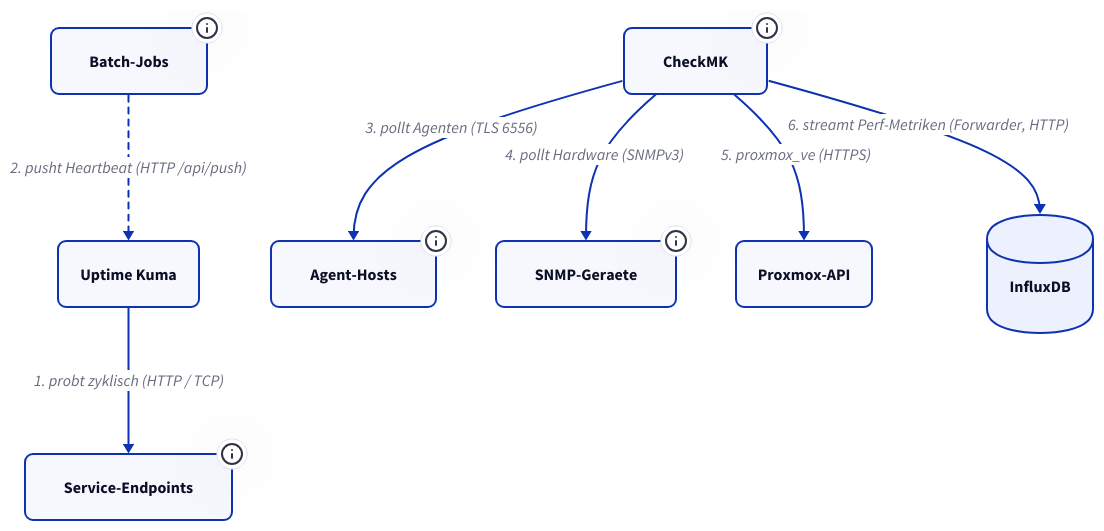
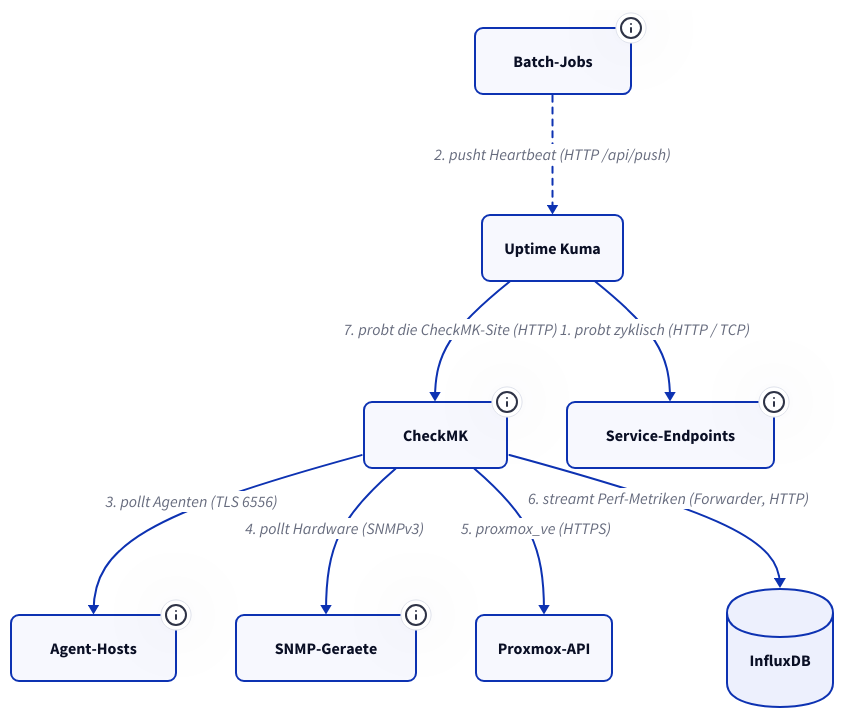
The second of 3 diagrams in docs/monitoring/index.md (derever-labs/homelab-wiki), drawn with D2 before and after one commit. The commit also changed other lines of this file, not shown here.

First line of the commit message:
docs(monitoring): Kuma-Strang im Check-Pfad ueber Site-Probe anbinden

````diff
--- a/docs/monitoring/index.md
+++ b/docs/monitoring/index.md
@@ -102,40 +102,41 @@
 ```d2
 classes: {
   svc: { style: { border-radius: 8 } }
   agent: { style: { border-radius: 8; stroke-dash: 2 } }
   db: { shape: cylinder; style: { border-radius: 8 } }
   async: { style: { stroke-dash: 3 } }
 }
 
 kuma: Uptime Kuma { class: svc }
 checkmk: CheckMK {
   class: svc
   tooltip: Eigenstaendige VM auf pve02 (Site homelab), kein Nomad-Job
 }
 
 endpoints: Service-Endpoints {
   class: svc
   tooltip: Kern-Infra (Nomad/Consul/Vault, DNS, Ingress, Storage) plus Flaeche (Media, Apps, IoT)
 }
 batch: Batch-Jobs {
   class: svc
   tooltip: Backups, Snapshots, Crons -- bei Fehler expliziter Down-Push mit Fehlergrund
 }
 agents: Agent-Hosts {
   class: svc
   tooltip: VMs und Proxmox-Hosts mit CheckMK-Agent, Nomad-Container via Docker-Piggyback
 }
 snmp: SNMP-Geraete {
   class: svc
   tooltip: Beide Synology-NAS (synology-nas, nana-nas via Tailscale)
 }
 pve: Proxmox-API { class: svc }
 influx: InfluxDB { class: db }
 
 kuma -> endpoints: 1. probt zyklisch (HTTP / TCP)
 batch -> kuma: 2. pusht Heartbeat (HTTP /api/push) { class: async }
 checkmk -> agents: 3. pollt Agenten (TLS 6556)
 checkmk -> snmp: 4. pollt Hardware (SNMPv3)
 checkmk -> pve: 5. proxmox_ve (HTTPS)
 checkmk -> influx: 6. streamt Perf-Metriken (Forwarder, HTTP)
+kuma -> checkmk: 7. probt die CheckMK-Site (HTTP)
 ```
````
